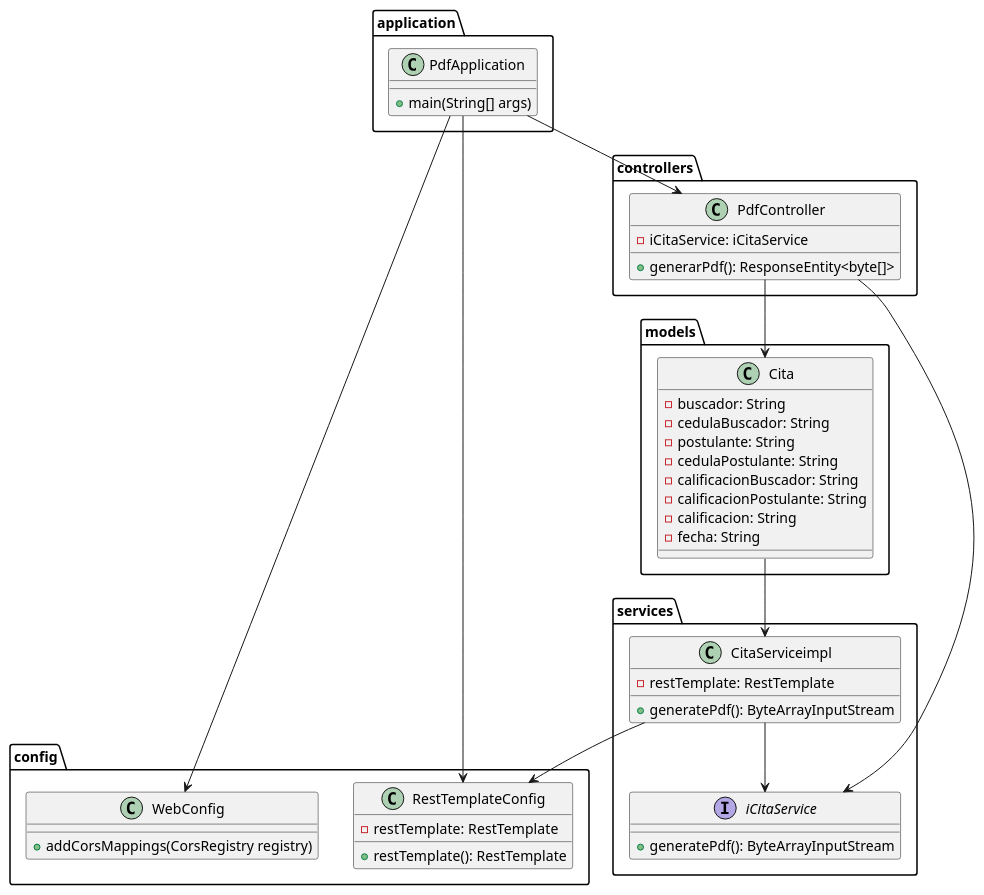
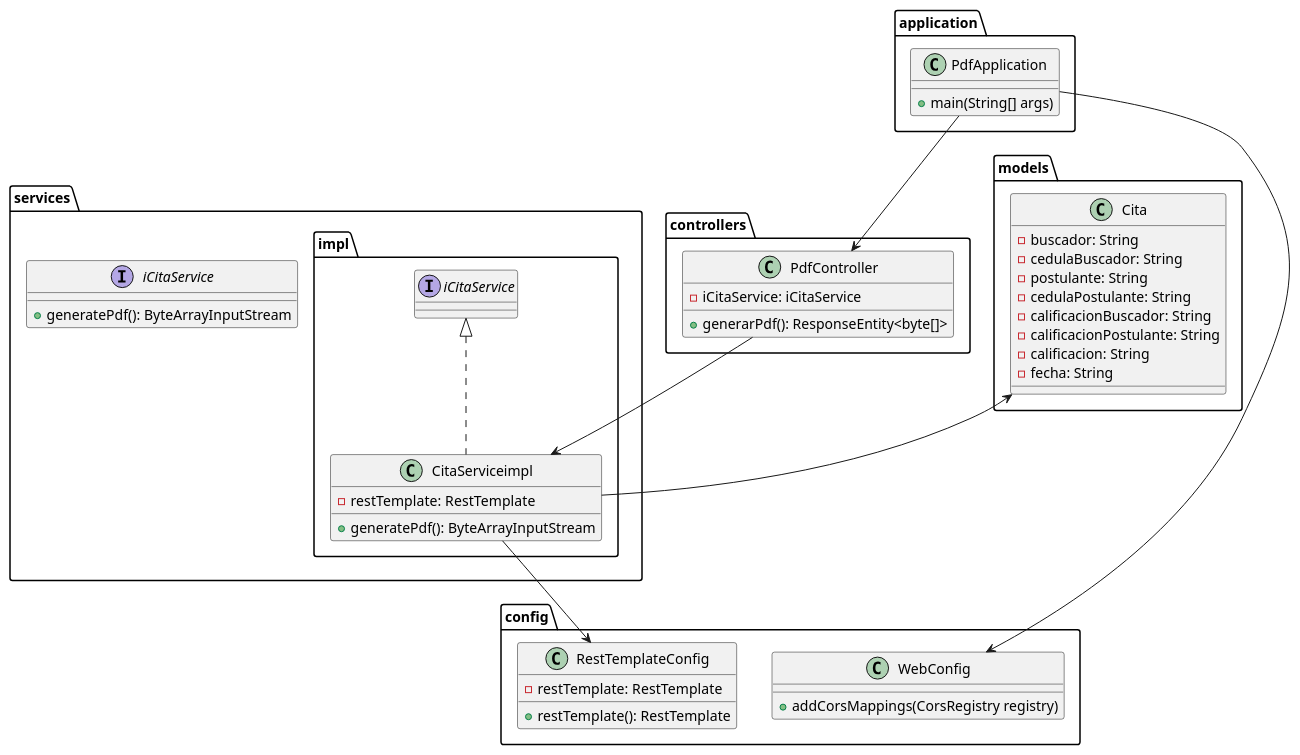
One commit to DanCmoo/SpeedDating changed the diagram in docs/diagramaPdf.puml. Above: the diagram before and after it, drawn with PlantUML. The commit also changed 7 other files, not shown here.

```diff
--- a/docs/diagramaPdf.puml
+++ b/docs/diagramaPdf.puml
@@ -1,60 +1,60 @@
 @startuml
 
 package "config" {
     class RestTemplateConfig {
         - restTemplate: RestTemplate
         + restTemplate(): RestTemplate
     }
 
     class WebConfig {
         + addCorsMappings(CorsRegistry registry)
     }
 }
 
 package "controllers" {
     class PdfController {
         - iCitaService: iCitaService
         + generarPdf(): ResponseEntity<byte[]>
     }
 }
 
 package "models" {
     class Cita {
         - buscador: String
         - cedulaBuscador: String
         - postulante: String
         - cedulaPostulante: String
         - calificacionBuscador: String
         - calificacionPostulante: String
         - calificacion: String
         - fecha: String
     }
 }
 
 package "services" {
-    class CitaServiceimpl {
-        - restTemplate: RestTemplate
-        + generatePdf(): ByteArrayInputStream
+    package impl{
+    class CitaServiceimpl implements iCitaService{
+            - restTemplate: RestTemplate
+            + generatePdf(): ByteArrayInputStream
+        }
     }
 
     interface iCitaService {
         + generatePdf(): ByteArrayInputStream
     }
 }
 
 package "application" {
     class PdfApplication {
         + main(String[] args)
     }
 }
 
-PdfApplication --> RestTemplateConfig
+
 PdfApplication --> WebConfig
 PdfApplication --> PdfController
-PdfController --> iCitaService
-PdfController --> Cita
+PdfController --> CitaServiceimpl
 CitaServiceimpl --> RestTemplateConfig
-CitaServiceimpl --> iCitaService
-Cita --> CitaServiceimpl
+Cita <-- CitaServiceimpl
 
 @enduml
```
